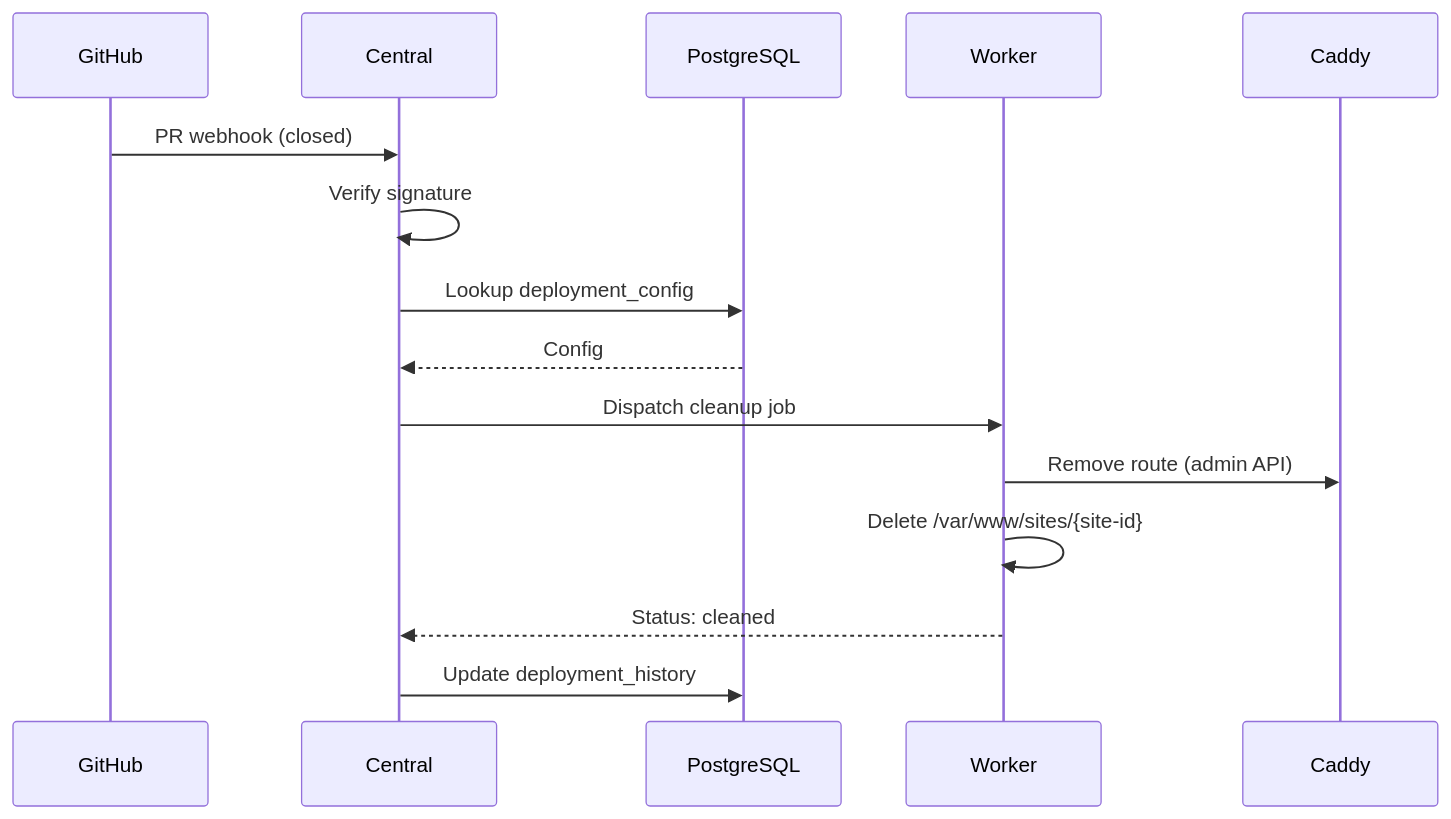
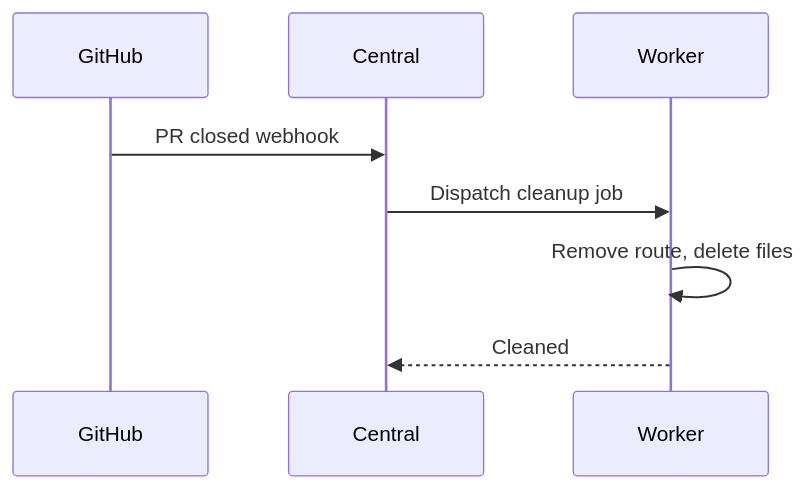
The second of 3 diagrams in docs/architecture.md (nullislabs/catapult), drawn with Mermaid before and after one commit. The commit also changed other lines of this file and 3 other files, not shown here.

````diff
--- a/docs/architecture.md
+++ b/docs/architecture.md
@@ -109,18 +66,11 @@
 ```mermaid
 sequenceDiagram
     participant GH as GitHub
     participant C as Central
-    participant DB as PostgreSQL
     participant W as Worker
-    participant CD as Caddy
 
-    GH->>C: PR webhook (closed)
-    C->>C: Verify signature
-    C->>DB: Lookup deployment_config
-    DB-->>C: Config
+    GH->>C: PR closed webhook
     C->>W: Dispatch cleanup job
-    W->>CD: Remove route (admin API)
-    W->>W: Delete /var/www/sites/{site-id}
-    W-->>C: Status: cleaned
-    C->>DB: Update deployment_history
+    W->>W: Remove route, delete files
+    W-->>C: Cleaned
 ```
````
